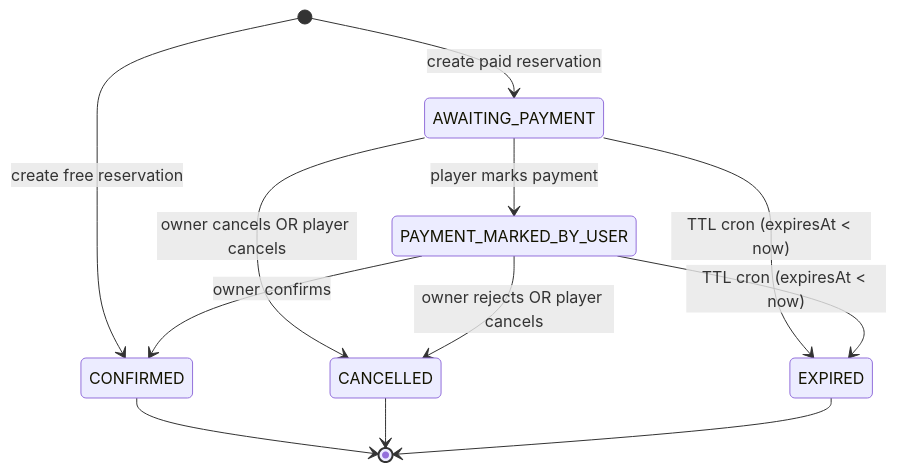
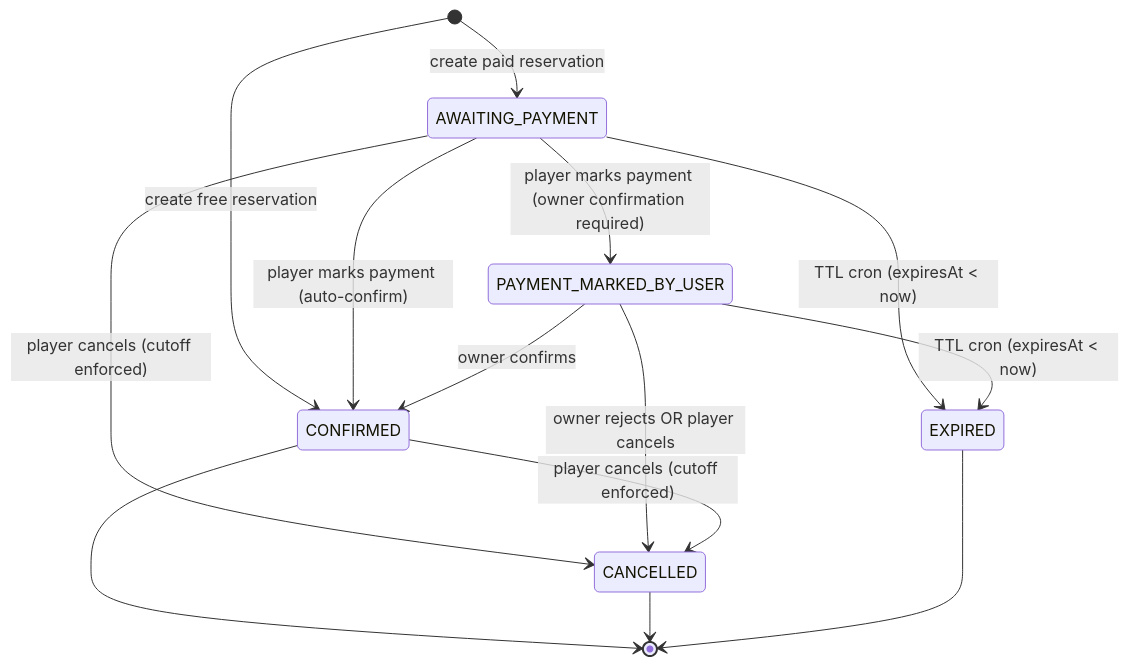
The first of 2 diagrams in docs/reservation-state-machine-level-2-engineering.md (raphaelmans/next16bp), drawn with Mermaid before and after one commit. The commit also changed other lines of this file and 64 other files, not shown here.

````diff
--- a/docs/reservation-state-machine-level-2-engineering.md
+++ b/docs/reservation-state-machine-level-2-engineering.md
@@ -35,18 +37,20 @@
 ```mermaid
 stateDiagram-v2
   [*] --> AWAITING_PAYMENT: create paid reservation
   [*] --> CONFIRMED: create free reservation
 
-  AWAITING_PAYMENT --> PAYMENT_MARKED_BY_USER: player marks payment
+  AWAITING_PAYMENT --> PAYMENT_MARKED_BY_USER: player marks payment (owner confirmation required)
+  AWAITING_PAYMENT --> CONFIRMED: player marks payment (auto-confirm)
   PAYMENT_MARKED_BY_USER --> CONFIRMED: owner confirms
 
-  AWAITING_PAYMENT --> CANCELLED: owner cancels OR player cancels
+  AWAITING_PAYMENT --> CANCELLED: player cancels (cutoff enforced)
   PAYMENT_MARKED_BY_USER --> CANCELLED: owner rejects OR player cancels
+  CONFIRMED --> CANCELLED: player cancels (cutoff enforced)
 
   AWAITING_PAYMENT --> EXPIRED: TTL cron (expiresAt < now)
   PAYMENT_MARKED_BY_USER --> EXPIRED: TTL cron (expiresAt < now)
 
   CONFIRMED --> [*]
   CANCELLED --> [*]
   EXPIRED --> [*]
 ```
````
